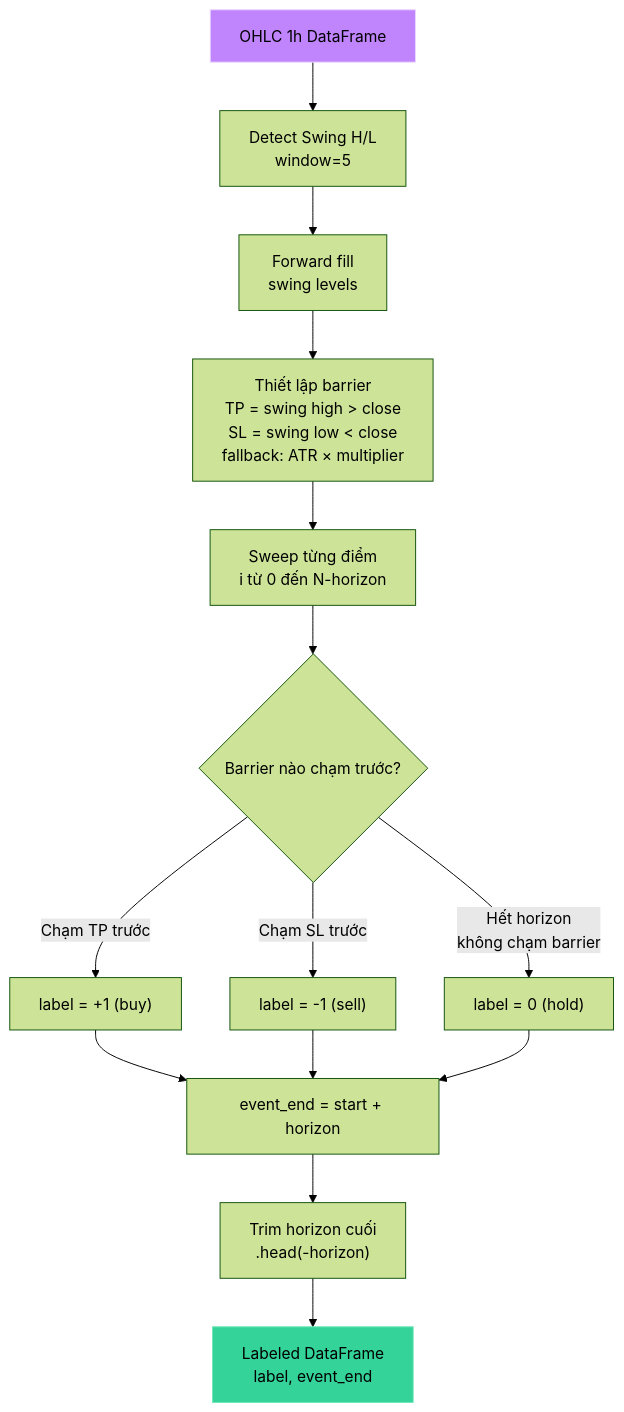
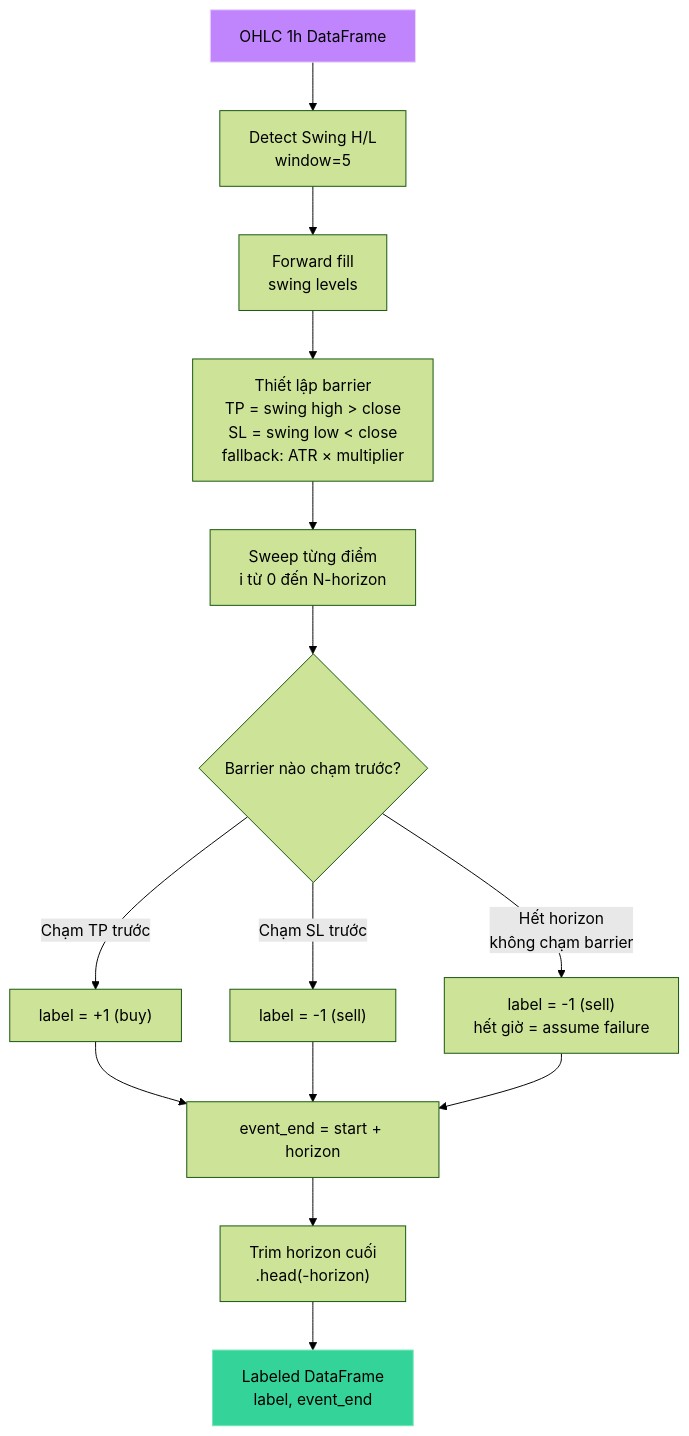
The first of 2 diagrams in docs/labeling.md (ultimateBroK/thesis-compact), drawn with Mermaid (forest theme) before and after one commit. The commit also changed other lines of this file and 32 other files, not shown here.

````diff
--- a/docs/labeling.md
+++ b/docs/labeling.md
@@ -11,19 +11,19 @@
 ```mermaid
 flowchart TD
     A["OHLC 1h DataFrame"] --> B["Detect Swing H/L<br/>window=5"]
     B --> C["Forward fill<br/>swing levels"]
     C --> D["Thiết lập barrier<br/>TP = swing high > close<br/>SL = swing low < close<br/>fallback: ATR × multiplier"]
     D --> E["Sweep từng điểm<br/>i từ 0 đến N-horizon"]
     E --> F{"Barrier nào chạm trước?"}
     F -->|"Chạm TP trước"| G["label = +1 (buy)"]
     F -->|"Chạm SL trước"| H["label = -1 (sell)"]
-    F -->|"Hết horizon<br/>không chạm barrier"| I["label = 0 (hold)"]
+    F -->|"Hết horizon<br/>không chạm barrier"| I["label = -1 (sell)<br/>hết giờ = assume failure"]
     G --> J["Lưu event_end<br/>= thời điểm chạm barrier"]
     H --> J
     I --> J["event_end = start + horizon"]
     J --> K["Trim horizon cuối<br/>.head(-horizon)"]
     K --> L["Labeled DataFrame<br/>label, event_end"]
 
     style A fill:#c084fc,stroke:#e9d5ff
     style L fill:#34d399,stroke:#6ee7b7
 ```
````
